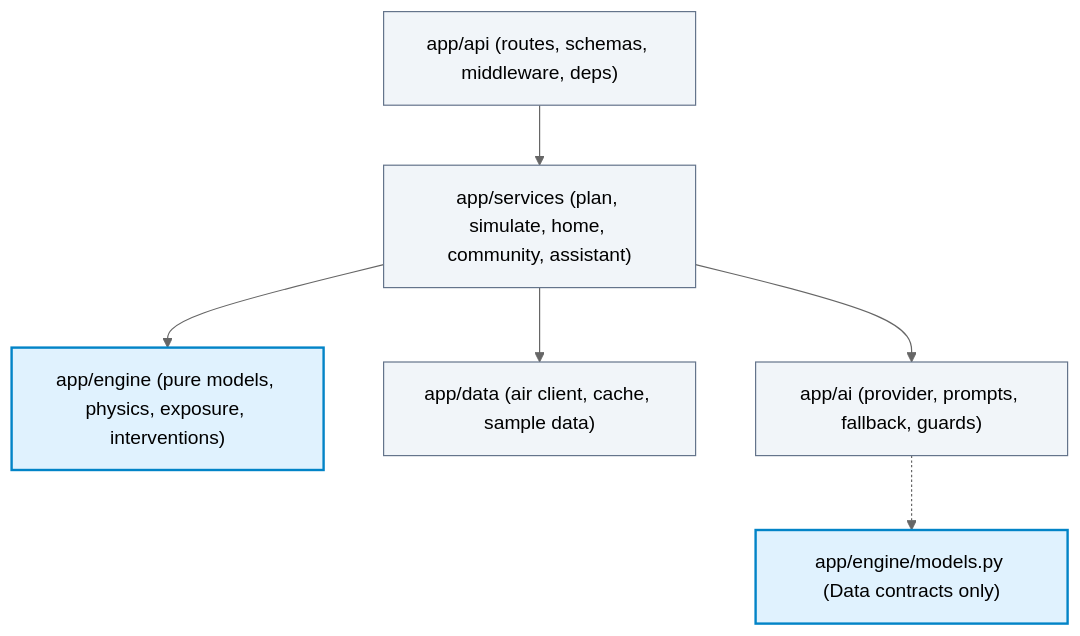
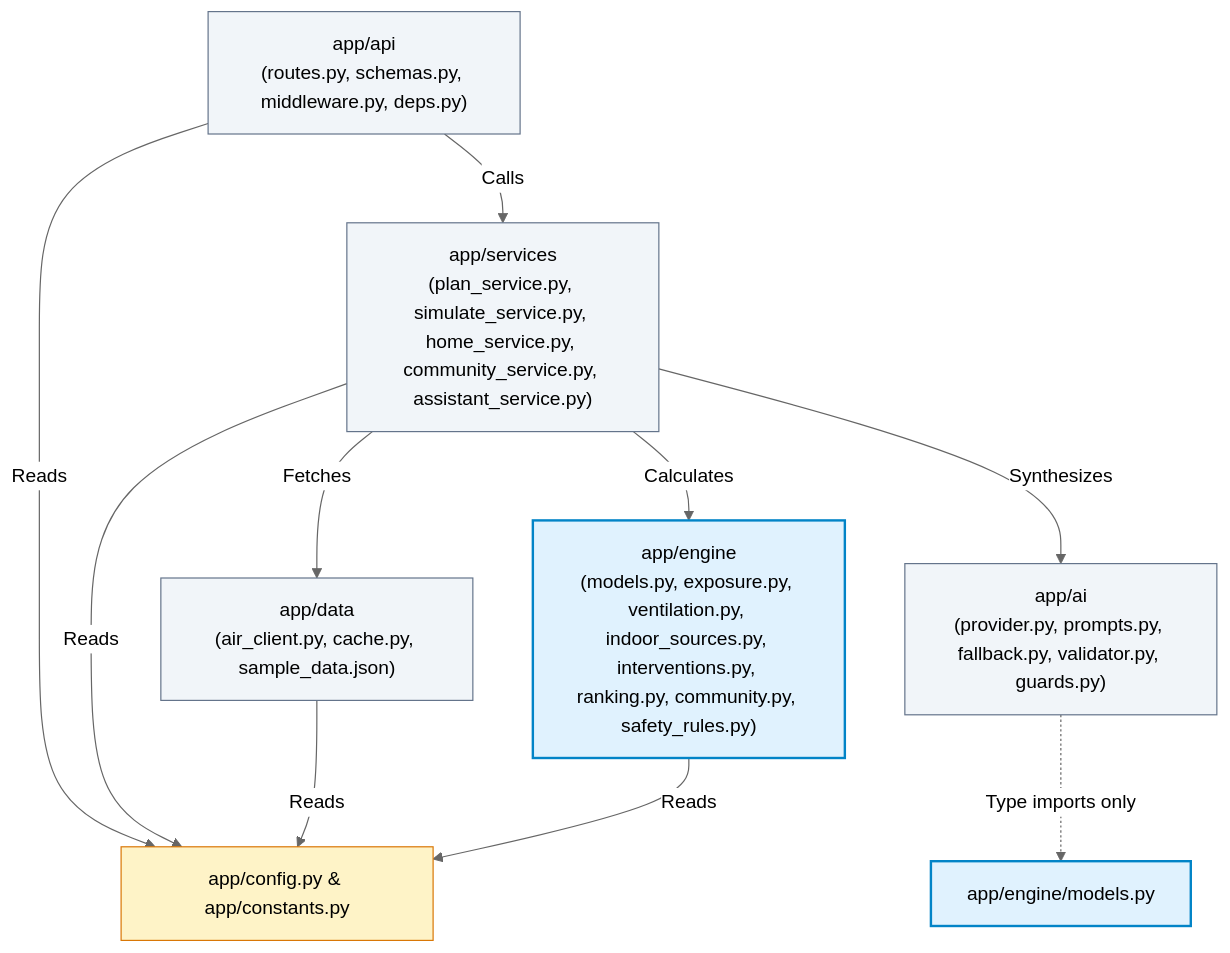
Before and after one commit to Dhinakarg/AirPlan: the first of 2 diagrams in ARCHITECTURE.md, drawn with Mermaid (neutral theme). The commit also changed other lines of this file and 5 other files, not shown here.

````diff
--- a/ARCHITECTURE.md
+++ b/ARCHITECTURE.md
@@ -5,13 +11,26 @@
 ```mermaid
 graph TD
-    API["app/api (routes, schemas, middleware, deps)"] --> Services["app/services (plan, simulate, home, community, assistant)"]
-    Services --> Engine["app/engine (pure models, physics, exposure, interventions)"]
-    Services --> Data["app/data (air client, cache, sample data)"]
-    Services --> AI["app/ai (provider, prompts, fallback, guards)"]
-    AI -.-> EngineModels["app/engine/models.py (Data contracts only)"]
+    API["app/api<br/>(routes.py, schemas.py, middleware.py, deps.py)"]
+    Services["app/services<br/>(plan_service.py, simulate_service.py, home_service.py, community_service.py, assistant_service.py)"]
+    Engine["app/engine<br/>(models.py, exposure.py, ventilation.py, indoor_sources.py, interventions.py, ranking.py, community.py, safety_rules.py)"]
+    Data["app/data<br/>(air_client.py, cache.py, sample_data.json)"]
+    AI["app/ai<br/>(provider.py, prompts.py, fallback.py, validator.py, guards.py)"]
+    Config["app/config.py & app/constants.py"]
+
+    API --> |Calls| Services
+    API --> |Reads| Config
+    Services --> |Calculates| Engine
+    Services --> |Fetches| Data
+    Services --> |Synthesizes| AI
+    Services --> |Reads| Config
+    AI -.-> |Type imports only| EngineModels["app/engine/models.py"]
+    Data --> |Reads| Config
+    Engine --> |Reads| Config
 
     classDef pure fill:#e0f2fe,stroke:#0284c7,stroke-width:2px;
     classDef layer fill:#f1f5f9,stroke:#64748b,stroke-width:1px;
+    classDef root fill:#fef3c7,stroke:#d97706,stroke-width:1px;
     class Engine,EngineModels pure;
     class API,Services,Data,AI layer;
+    class Config root;
 ```
````
